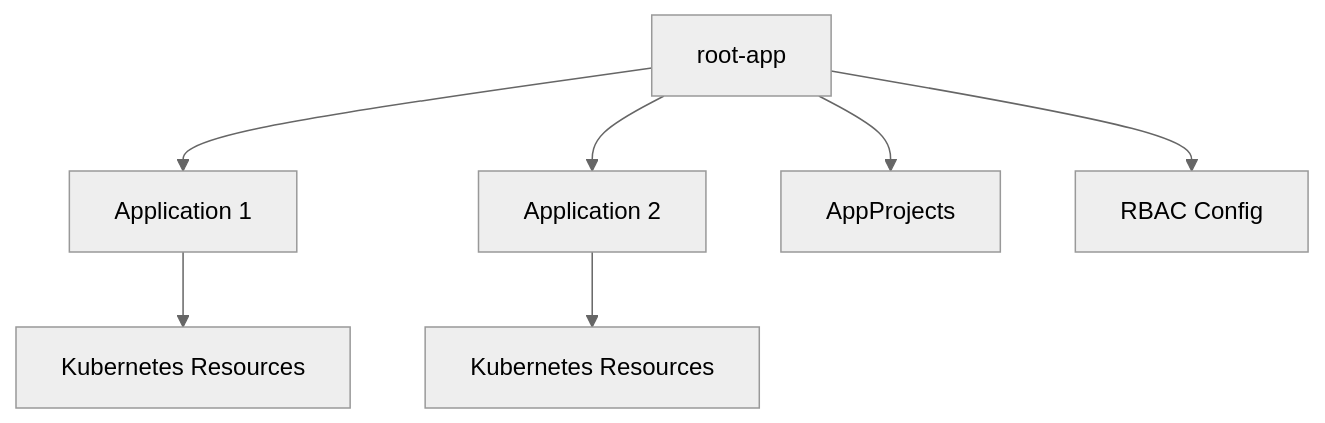
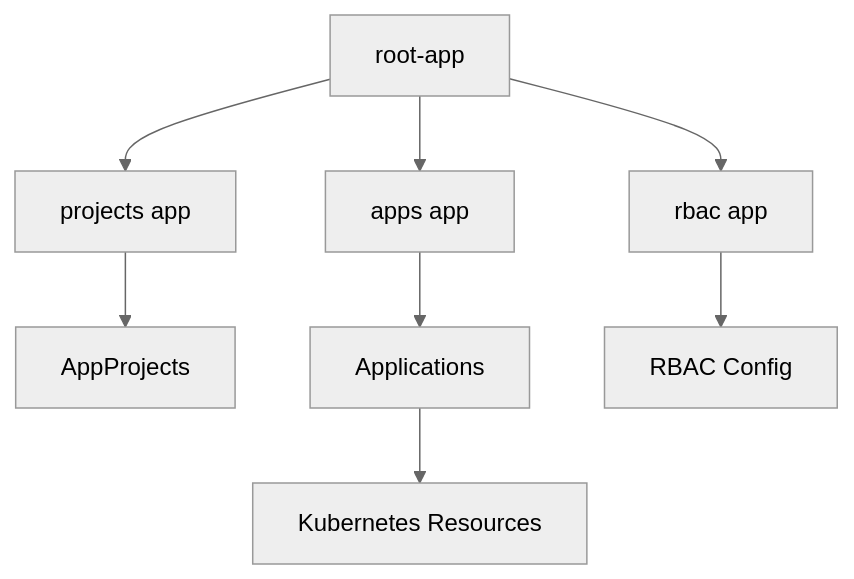
Before and after one commit to kaninda/gitops-cluster-bootstrap: the first of 4 diagrams in README.md, drawn with Mermaid (neutral theme). The commit also changed other lines of this file, not shown here.

````diff
--- a/README.md
+++ b/README.md
@@ -13,9 +15,12 @@
 ```mermaid
 graph TD
-  RootApp[root-app] --> App1[Application 1]
-  RootApp --> App2[Application 2]
-  RootApp --> Project[AppProjects]
-  RootApp --> RBAC[RBAC Config]
-  App1 --> K8s1[Kubernetes Resources]
-  App2 --> K8s2[Kubernetes Resources]
+  Root[root-app] --> Projects[projects app]
+  Root --> Apps[apps app]
+  Root --> RBAC[rbac app]
+
+  Projects --> AppProjects[AppProjects]
+  Apps --> Applications[Applications]
+  RBAC --> RBACConfig[RBAC Config]
+
+  Applications --> K8s[Kubernetes Resources]
 ```
````
